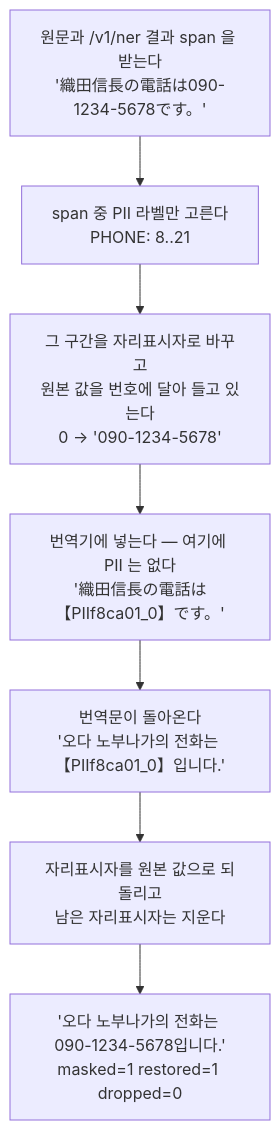
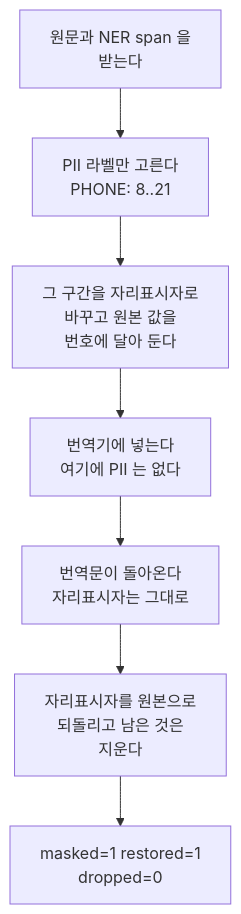
The first of 3 diagrams in docs/manual/web-demo-translation.md (groovallstar/ner-pipeline-public), drawn with Mermaid before and after one commit. The commit also changed other lines of this file and 12 other files, not shown here.

````diff
--- a/docs/manual/web-demo-translation.md
+++ b/docs/manual/web-demo-translation.md
@@ -51,9 +48,9 @@
 ```mermaid
 flowchart TD
-    A["원문과 /v1/ner 결과 span 을 받는다<br/>'織田信長の電話は090-1234-5678です。'"] --> B["span 중 PII 라벨만 고른다<br/>PHONE: 8..21"]
-    B --> C["그 구간을 자리표시자로 바꾸고<br/>원본 값을 번호에 달아 들고 있는다<br/>0 → '090-1234-5678'"]
-    C --> D["번역기에 넣는다 — 여기에 PII 는 없다<br/>'織田信長の電話は【PIIf8ca01_0】です。'"]
-    D --> E["번역문이 돌아온다<br/>'오다 노부나가의 전화는 【PIIf8ca01_0】입니다.'"]
-    E --> F["자리표시자를 원본 값으로 되돌리고<br/>남은 자리표시자는 지운다"]
-    F --> G["'오다 노부나가의 전화는 090-1234-5678입니다.'<br/>masked=1 restored=1 dropped=0"]
+    A["원문과 NER span 을<br/>받는다"] --> B["PII 라벨만 고른다<br/>PHONE: 8..21"]
+    B --> C["그 구간을 자리표시자로<br/>바꾸고 원본 값을<br/>번호에 달아 둔다"]
+    C --> D["번역기에 넣는다<br/>여기에 PII 는 없다"]
+    D --> E["번역문이 돌아온다<br/>자리표시자는 그대로"]
+    E --> F["자리표시자를 원본으로<br/>되돌리고 남은 것은<br/>지운다"]
+    F --> G["masked=1 restored=1<br/>dropped=0"]
 ```
````
